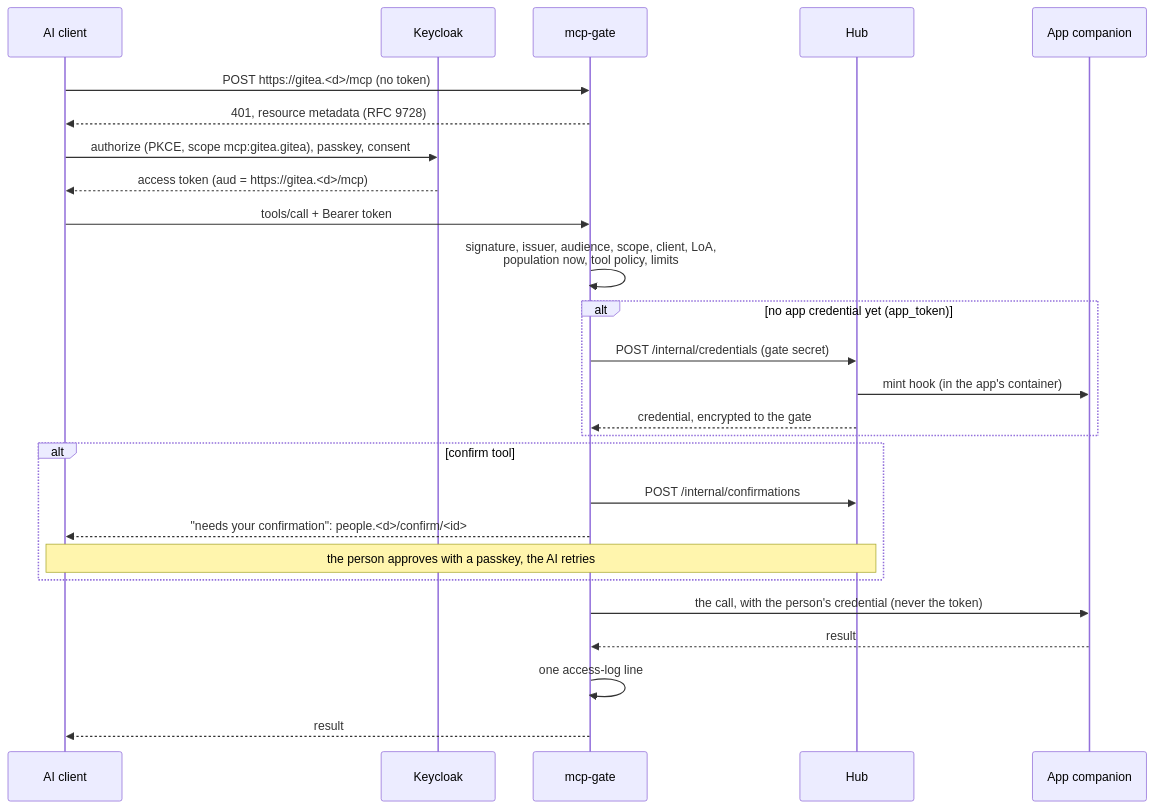
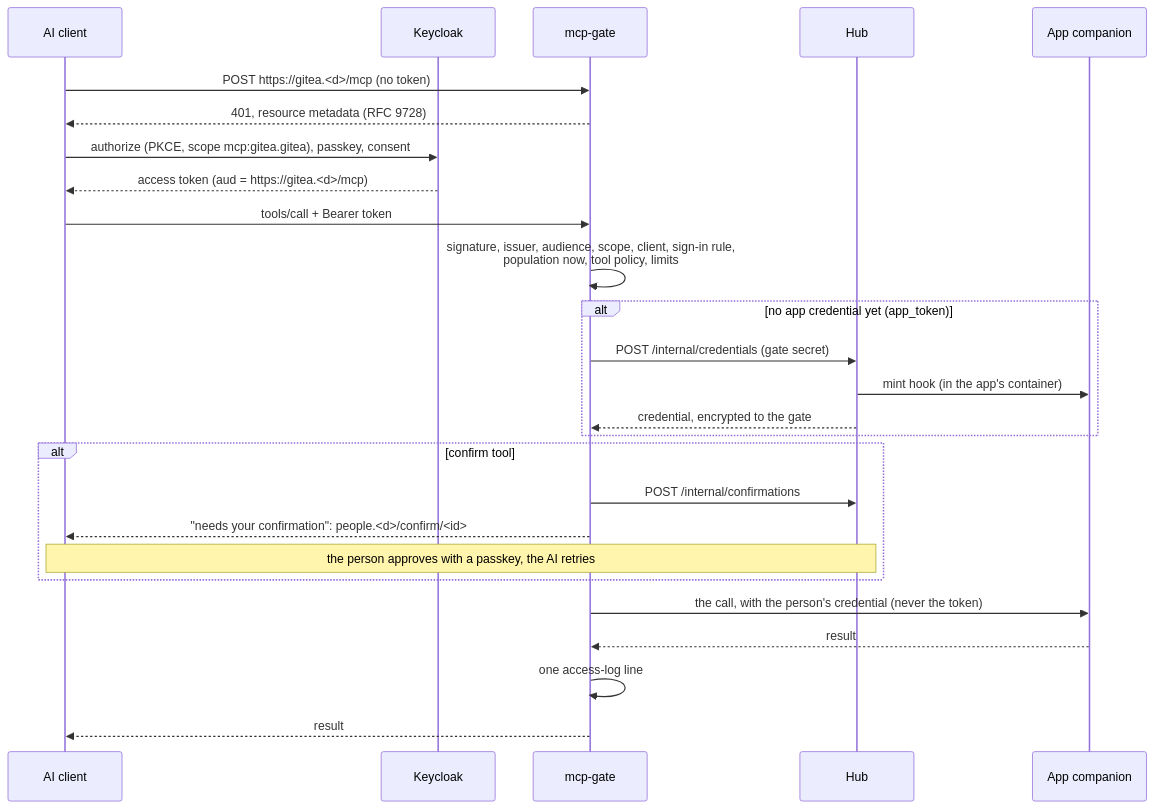
Diagram 11 of 12 in docs/architecture.md (porelli/portcullis-docs), drawn with Mermaid before and after one commit. The commit also changed other lines of this file and 10 other files, not shown here.

````diff
--- a/docs/architecture.md
+++ b/docs/architecture.md
@@ -671,28 +670,28 @@
 ```mermaid
 sequenceDiagram
     participant C as AI client
     participant K as Keycloak
     participant G as mcp-gate
     participant H as Hub
     participant A as App companion
     C->>G: POST https://gitea.<d>/mcp (no token)
     G-->>C: 401, resource metadata (RFC 9728)
     C->>K: authorize (PKCE, scope mcp:gitea.gitea), passkey, consent
     K-->>C: access token (aud = https://gitea.<d>/mcp)
     C->>G: tools/call + Bearer token
-    G->>G: signature, issuer, audience, scope, client, LoA,<br/>population now, tool policy, limits
+    G->>G: signature, issuer, audience, scope, client, sign-in rule,<br/>population now, tool policy, limits
     alt no app credential yet (app_token)
         G->>H: POST /internal/credentials (gate secret)
         H->>A: mint hook (in the app's container)
         H-->>G: credential, encrypted to the gate
     end
     alt confirm tool
         G->>H: POST /internal/confirmations
         G-->>C: "needs your confirmation": people.<d>/confirm/<id>
         Note over C,H: the person approves with a passkey, the AI retries
     end
     G->>A: the call, with the person's credential (never the token)
     A-->>G: result
     G->>G: one access-log line
     G-->>C: result
 ```
````
